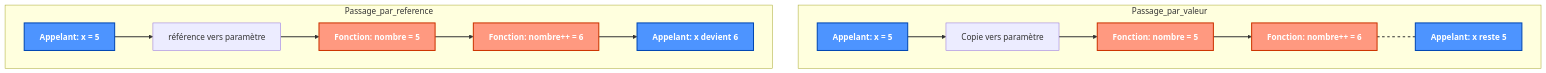
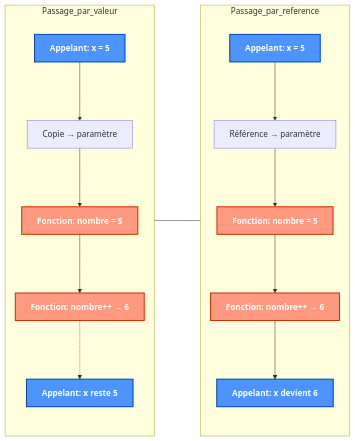
One commit to fpluquet/csharp-intro-syllabus changed the first of 6 diagrams in docs/8-fonctions.md. Above: the diagram before and after it, drawn with Mermaid. The commit also changed other lines of this file and 1 other file, not shown here.

````diff
--- a/docs/8-fonctions.md
+++ b/docs/8-fonctions.md
@@ -120,27 +120,32 @@
 ```mermaid
-flowchart TD
-    subgraph "Passage_par_valeur"
-        A1[Appelant: x = 5] --> A2["Copie vers paramètre"]
-        A2 --> A3[Fonction: nombre = 5]
-        A3 --> A4[Fonction: nombre++ = 6]
-        A4 -.- A5[Appelant: x reste 5]
+%%{init: {'flowchart': {'useMaxWidth': false, 'rankSpacing': 90, 'nodeSpacing': 20}}}%%
+flowchart LR
+    subgraph Passage_par_valeur
+        direction TB
+        A1[Appelant: x = 5]
+        A2[Copie → paramètre]
+        A3[Fonction: nombre = 5]
+        A4[Fonction: nombre++ → 6]
+        A5[Appelant: x reste 5]
+        A1 --> A2 --> A3 --> A4 -.-> A5
     end
-    
-    subgraph "Passage_par_reference"
-        B1[Appelant: x = 5] --> B2["référence vers paramètre"]
-        B2 --> B3[Fonction: nombre = 5]
-        B3 --> B4[Fonction: nombre++ = 6]
-        B4 --> B5[Appelant: x devient 6]
+
+    subgraph Passage_par_reference
+        direction TB
+        B1[Appelant: x = 5]
+        B2[Référence → paramètre]
+        B3[Fonction: nombre = 5]
+        B4[Fonction: nombre++ → 6]
+        B5[Appelant: x devient 6]
+        B1 --> B2 --> B3 --> B4 --> B5
     end
-    
-    %% Styles pour meilleure lisibilité
+
+    Passage_par_valeur --- Passage_par_reference
+
+
+    class A1,A5,B1,B5 valeur
+    class A3,A4,B3,B4 fonction
+
     classDef valeur fill:#4d94ff,stroke:#0047b3,stroke-width:2px,color:#fff,font-weight:bold
     classDef fonction fill:#ff9980,stroke:#cc3300,stroke-width:2px,color:#fff,font-weight:bold
-    classDef resultat fill:#5cd65c,stroke:#267326,stroke-width:2px,color:#fff,font-weight:bold
-    
-    class A1,A5,B1,B5 valeur
-    class A3,A4,B3,B4 fonction
-    
-    linkStyle 0,1,2,4,5,6,7 stroke:#333333,stroke-width:2px
-    linkStyle 3 stroke:#333333,stroke-width:2px,stroke-dasharray: 5 5
 ```
````
